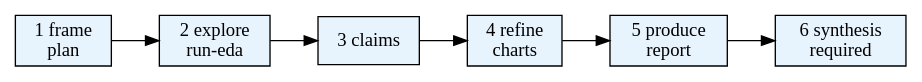
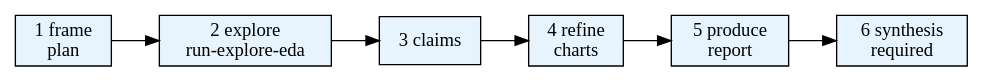
The diagram in extension/skills/agentsociety-analysis/v1.0.0/SKILL.md (miaoqijun/AgentSociety), drawn with Graphviz before and after one commit. The commit also changed other lines of this file and 128 other files, not shown here.

````diff
--- a/extension/skills/agentsociety-analysis/v1.0.0/SKILL.md
+++ b/extension/skills/agentsociety-analysis/v1.0.0/SKILL.md
@@ -101,14 +110,14 @@
 ```dot
 digraph analysis_flow {
     rankdir=LR;
     node [shape=box, style=filled, fillcolor="#E8F4FD"];
     frame [label="1 frame\nplan"];
-    explore [label="2 explore\nrun-eda"];
+    explore [label="2 explore\nrun-explore-eda"];
     claims [label="3 claims"];
     refine [label="4 refine\ncharts"];
     produce [label="5 produce\nreport"];
     synth [label="6 synthesis\nrequired"];
 
     frame -> explore -> claims -> refine -> produce -> synth;
 }
 ```
````
